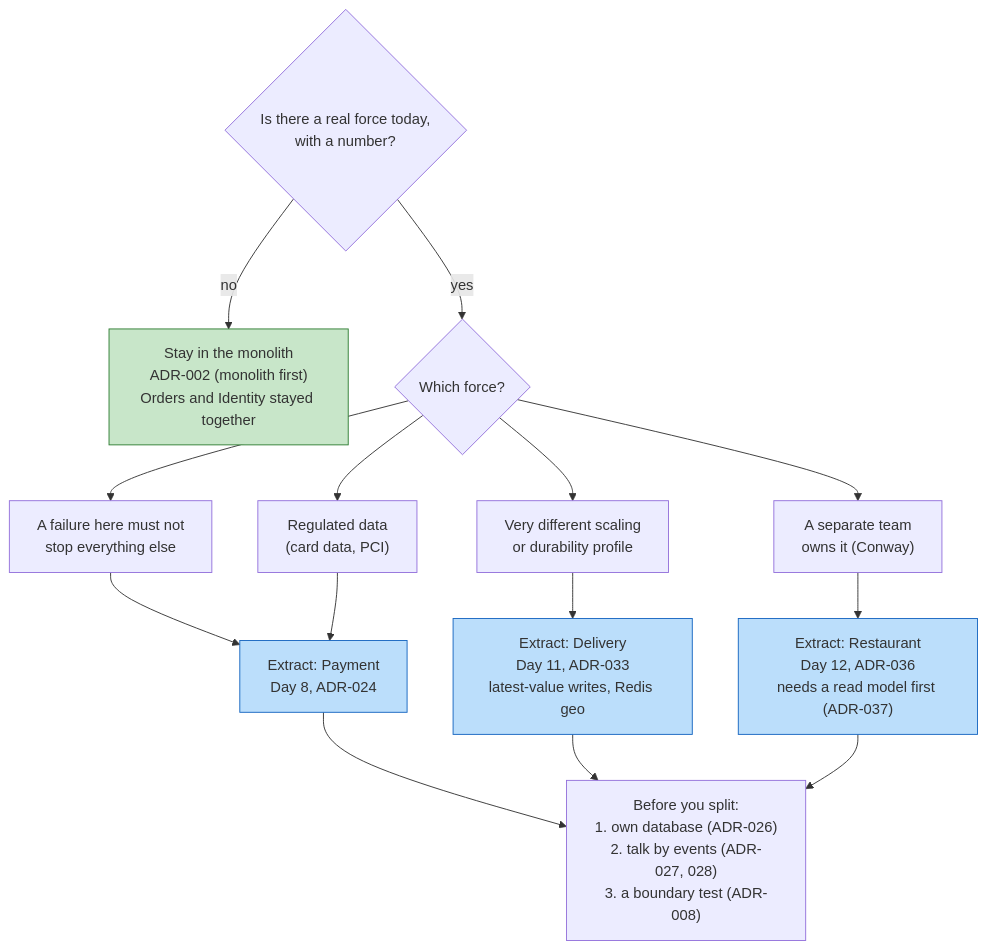
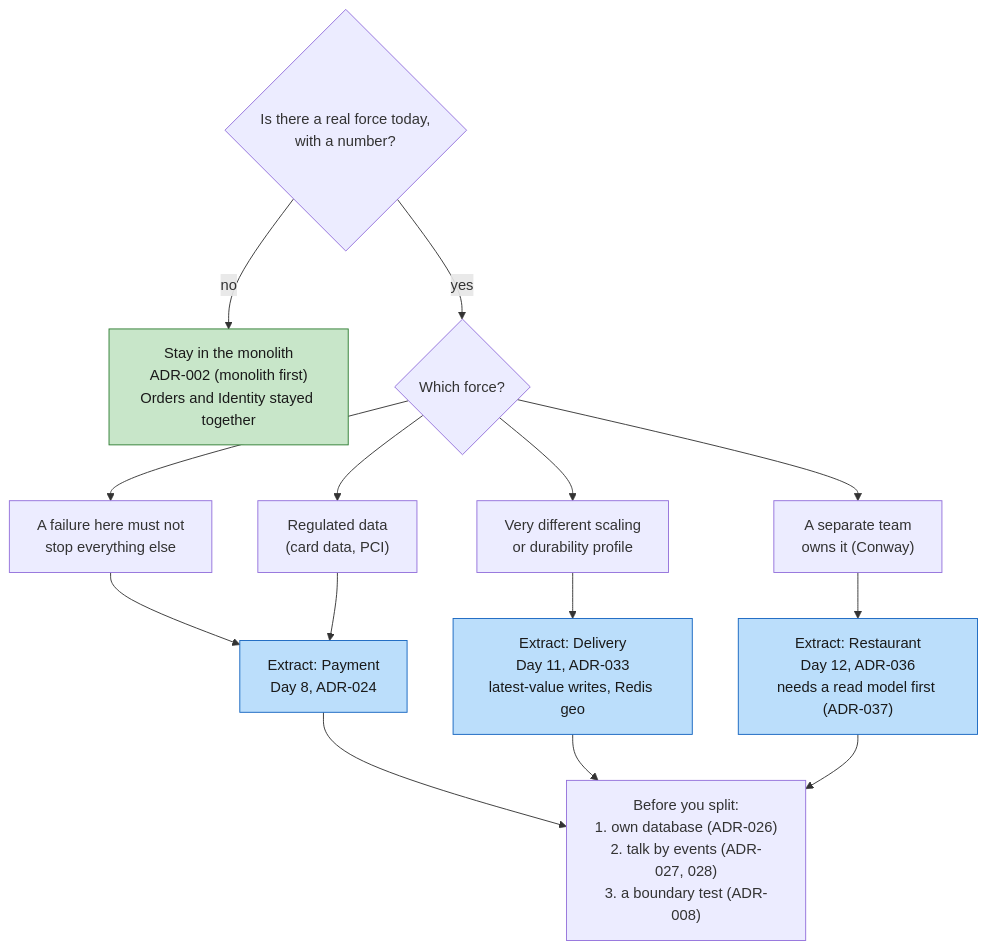
Before and after one commit to desiarchitect/tadka-cohort: diagram 18 of 19 in ai-assisted/architect-toolset/TADKA_DIAGRAM_GALLERY.md, drawn with Mermaid. The commit also changed other lines of this file and 1 other file, not shown here.

First line of the commit message:
docs(architect-toolset): make diagram node text readable in dark mode

````diff
--- a/ai-assisted/architect-toolset/TADKA_DIAGRAM_GALLERY.md
+++ b/ai-assisted/architect-toolset/TADKA_DIAGRAM_GALLERY.md
@@ -859,22 +859,22 @@
 ```mermaid
 flowchart TD
     q0{"Is there a real force today,<br/>with a number?"}
     q0 -- "no" --> stay["Stay in the monolith<br/>ADR-002 (monolith first)<br/>Orders and Identity stayed together"]
     q0 -- "yes" --> q1{"Which force?"}
     q1 --> f1["A failure here must not<br/>stop everything else"]
     q1 --> f2["Regulated data<br/>(card data, PCI)"]
     q1 --> f3["Very different scaling<br/>or durability profile"]
     q1 --> f4["A separate team<br/>owns it (Conway)"]
     f1 --> pay["Extract: Payment<br/>Day 8, ADR-024"]
     f2 --> pay
     f3 --> del["Extract: Delivery<br/>Day 11, ADR-033<br/>latest-value writes, Redis geo"]
     f4 --> rest["Extract: Restaurant<br/>Day 12, ADR-036<br/>needs a read model first (ADR-037)"]
     pay --> after["Before you split:<br/>1. own database (ADR-026)<br/>2. talk by events (ADR-027, 028)<br/>3. a boundary test (ADR-008)"]
     del --> after
     rest --> after
 
-    classDef stay fill:#c8e6c9,stroke:#2e7d32;
-    classDef go fill:#bbdefb,stroke:#1565c0;
+    classDef stay fill:#c8e6c9,stroke:#2e7d32,color:#1a1a1a;
+    classDef go fill:#bbdefb,stroke:#1565c0,color:#1a1a1a;
     class stay stay;
     class pay,del,rest go;
 ```
````
